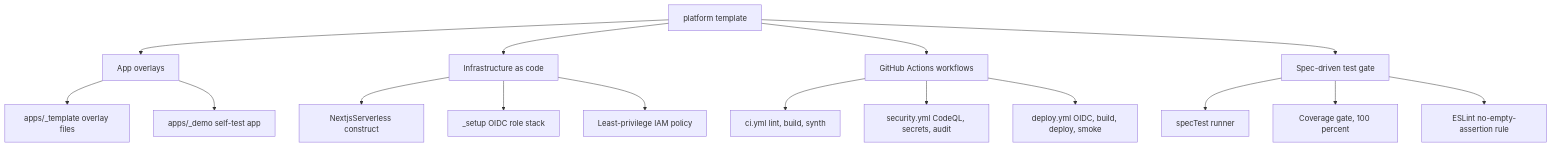
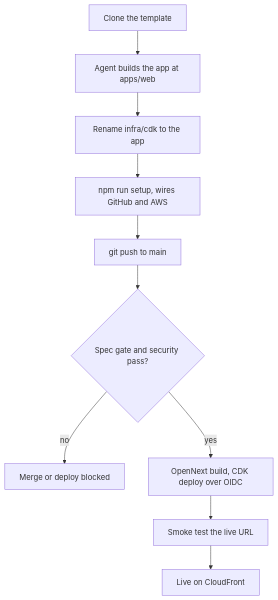
The first of 3 diagrams in README.md (elleskay/platform), drawn with Mermaid before and after one commit. The commit also changed other lines of this file, not shown here.

````diff
--- a/README.md
+++ b/README.md
@@ -83,24 +83,12 @@
 ```mermaid
 flowchart TD
-  P[platform template]
-
-  P --> APPS[App overlays]
-  P --> INFRA[Infrastructure as code]
-  P --> CI[GitHub Actions workflows]
-  P --> SPEC[Spec-driven test gate]
-
-  APPS --> T[apps/_template overlay files]
-  APPS --> D[apps/_demo self-test app]
-
-  INFRA --> C[NextjsServerless construct]
-  INFRA --> S[_setup OIDC role stack]
-  INFRA --> IAM[Least-privilege IAM policy]
-
-  CI --> CIW[ci.yml lint, build, synth]
-  CI --> SECW[security.yml CodeQL, secrets, audit]
-  CI --> DEPW[deploy.yml OIDC, build, deploy, smoke]
-
-  SPEC --> RUN[specTest runner]
-  SPEC --> GATE[Coverage gate, 100 percent]
-  SPEC --> RULE[ESLint no-empty-assertion rule]
+  Clone[Clone the template] --> Build[Agent builds the app at apps/web]
+  Build --> Rename[Rename infra/cdk to the app]
+  Rename --> Setup[npm run setup, wires GitHub and AWS]
+  Setup --> Push[git push to main]
+  Push --> Gate{Spec gate and security pass?}
+  Gate -->|no| Block[Merge or deploy blocked]
+  Gate -->|yes| Deploy[OpenNext build, CDK deploy over OIDC]
+  Deploy --> Smoke[Smoke test the live URL]
+  Smoke --> Live[Live on CloudFront]
 ```
````
